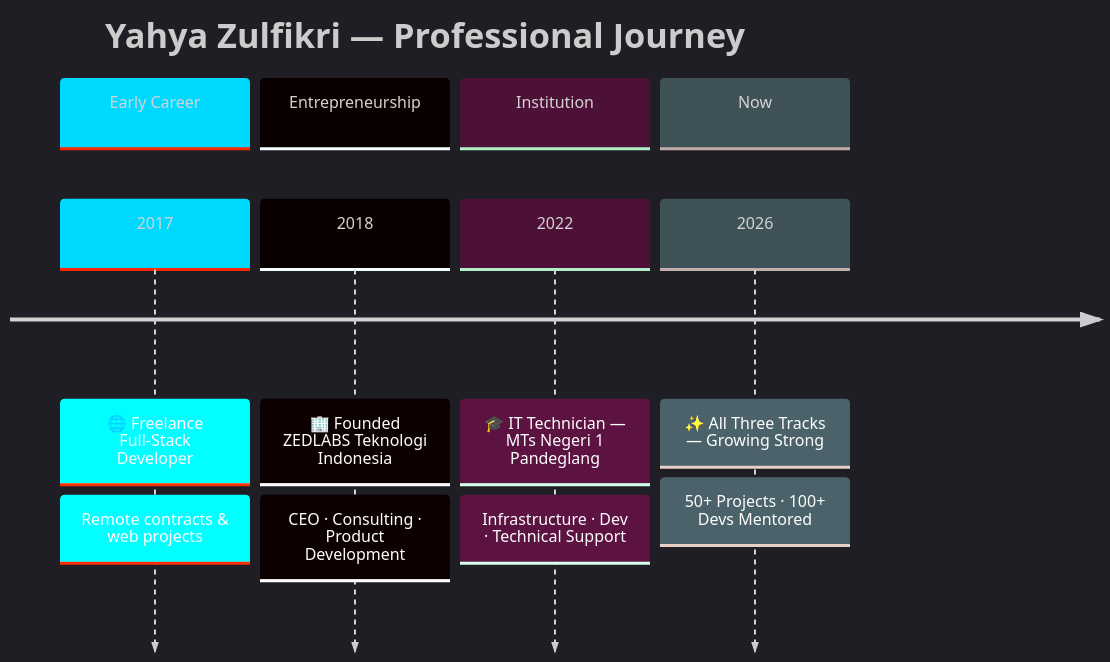
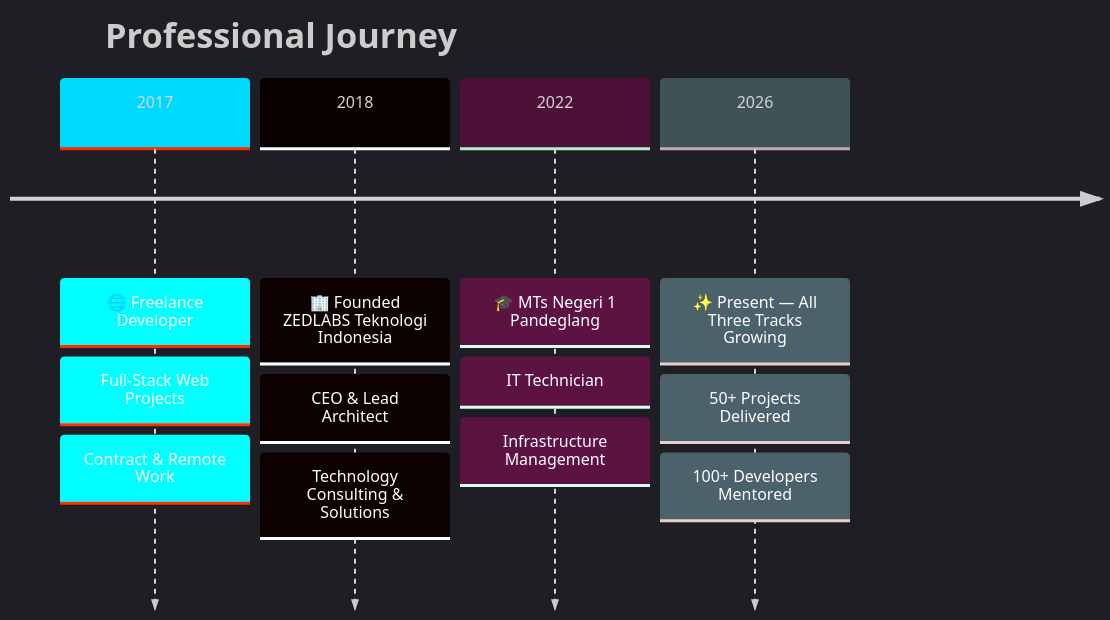
One commit to zulfikriyahya/zulfikriyahya changed the diagram in README.mdx. Above: the diagram before and after it, drawn with Mermaid. The commit also changed other lines of this file, not shown here.

````diff
--- a/README.mdx
+++ b/README.mdx
@@ -71,17 +62,17 @@
 ```mermaid
-%%{init: {'theme':'dark','themeVariables':{'primaryColor':'#00D9FF','primaryTextColor':'#ffffff','primaryBorderColor':'#7B44F6','lineColor':'#00DC82','secondaryColor':'#1a1a2e','background':'#0D1117','nodeBorder':'#00D9FF','clusterBkg':'#1a1a2e','titleColor':'#00D9FF','edgeLabelBackground':'#1a1a2e','attributeBackgroundColorEven':'#1a1a2e','attributeBackgroundColorOdd':'#16213e'}}}%%
+%%{init: {'theme':'dark', 'themeVariables': { 'primaryColor': '#00D9FF', 'primaryTextColor': '#fff', 'primaryBorderColor': '#7B44F6', 'lineColor': '#00DC82', 'secondaryColor': '#1a1a2e', 'tertiaryColor': '#16213e'}}}%%
 timeline
-    title  Yahya Zulfikri — Professional Journey
-    section Early Career
-      2017 : 🌐 Freelance Full-Stack Developer
-           : Remote contracts & web projects
-    section Entrepreneurship
-      2018 : 🏢 Founded ZEDLABS Teknologi Indonesia
-           : CEO · Consulting · Product Development
-    section Institution
-      2022 : 🎓 IT Technician — MTs Negeri 1 Pandeglang
-           : Infrastructure · Dev · Technical Support
-    section Now
-      2026 : ✨ All Three Tracks — Growing Strong
-           : 50+ Projects · 100+ Devs Mentored
+    title Professional Journey
+    2017 : 🌐 Freelance Developer
+         : Full-Stack Web Projects
+         : Contract & Remote Work
+    2018 : 🏢 Founded ZEDLABS Teknologi Indonesia
+         : CEO & Lead Architect
+         : Technology Consulting & Solutions
+    2022 : 🎓 MTs Negeri 1 Pandeglang
+         : IT Technician
+         : Infrastructure Management
+    2026 : ✨ Present — All Three Tracks Growing
+         : 50+ Projects Delivered
+         : 100+ Developers Mentored
 ```
````
